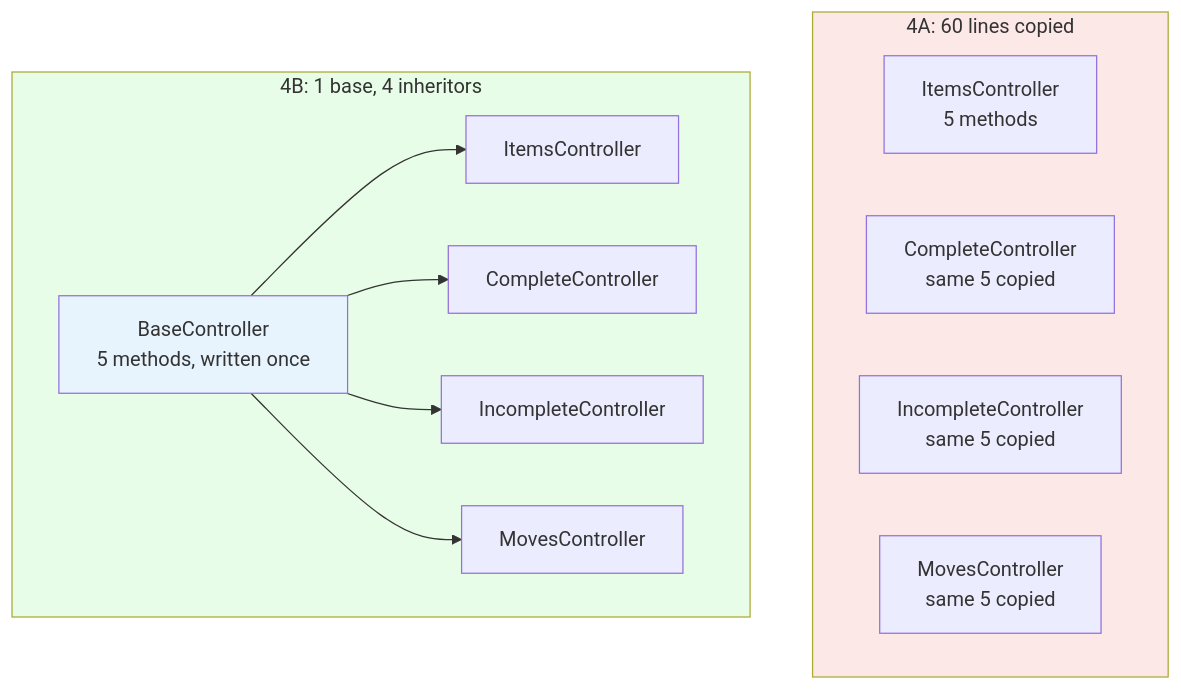
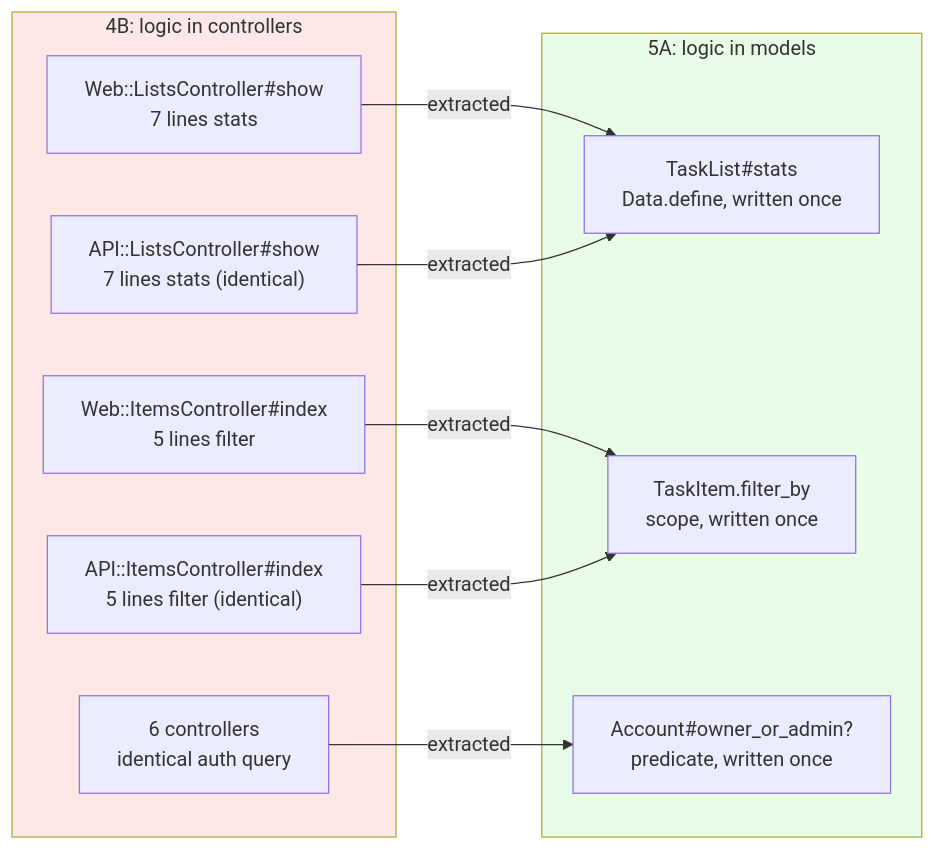
The second of 2 diagrams in README.md (railswhey/app), drawn with Mermaid before and after one commit. The commit also changed other lines of this file and 36 other files, not shown here.

Commit message:
5A: Reducing controller business logic with fat models

````diff
--- a/README.md
+++ b/README.md
@@ -144,26 +153,25 @@
 ```mermaid
-flowchart TD
-  subgraph Before["4A: 60 lines copied"]
-    WI[ItemsController<br/>5 methods]
-    WC[CompleteController<br/>same 5 copied]
-    WIN[IncompleteController<br/>same 5 copied]
-    WM[MovesController<br/>same 5 copied]
+flowchart LR
+  subgraph Before["4B: logic in controllers"]
+    WC1["Web::ListsController#show<br/>7 lines stats"]
+    AC1["API::ListsController#show<br/>7 lines stats (identical)"]
+    WC2["Web::ItemsController#index<br/>5 lines filter"]
+    AC2["API::ItemsController#index<br/>5 lines filter (identical)"]
+    AUTH["6 controllers<br/>identical auth query"]
   end
 
-  subgraph After["4B: 1 base, 4 inheritors"]
-    BC["BaseController<br/>5 methods, written once"]
-    WI2[ItemsController]
-    WC2[CompleteController]
-    WIN2[IncompleteController]
-    WM2[MovesController]
+  subgraph After["5A: logic in models"]
+    TLS["TaskList#stats<br/>Data.define, written once"]
+    TIF["TaskItem.filter_by<br/>scope, written once"]
+    AO["Account#owner_or_admin?<br/>predicate, written once"]
   end
 
-  BC --> WI2
-  BC --> WC2
-  BC --> WIN2
-  BC --> WM2
+  WC1 -->|"extracted"| TLS
+  AC1 -->|"extracted"| TLS
+  WC2 -->|"extracted"| TIF
+  AC2 -->|"extracted"| TIF
+  AUTH -->|"extracted"| AO
 
   style Before fill:#fde8e8
   style After fill:#e8fde8
-  style BC fill:#e8f4fd
 ```
````
